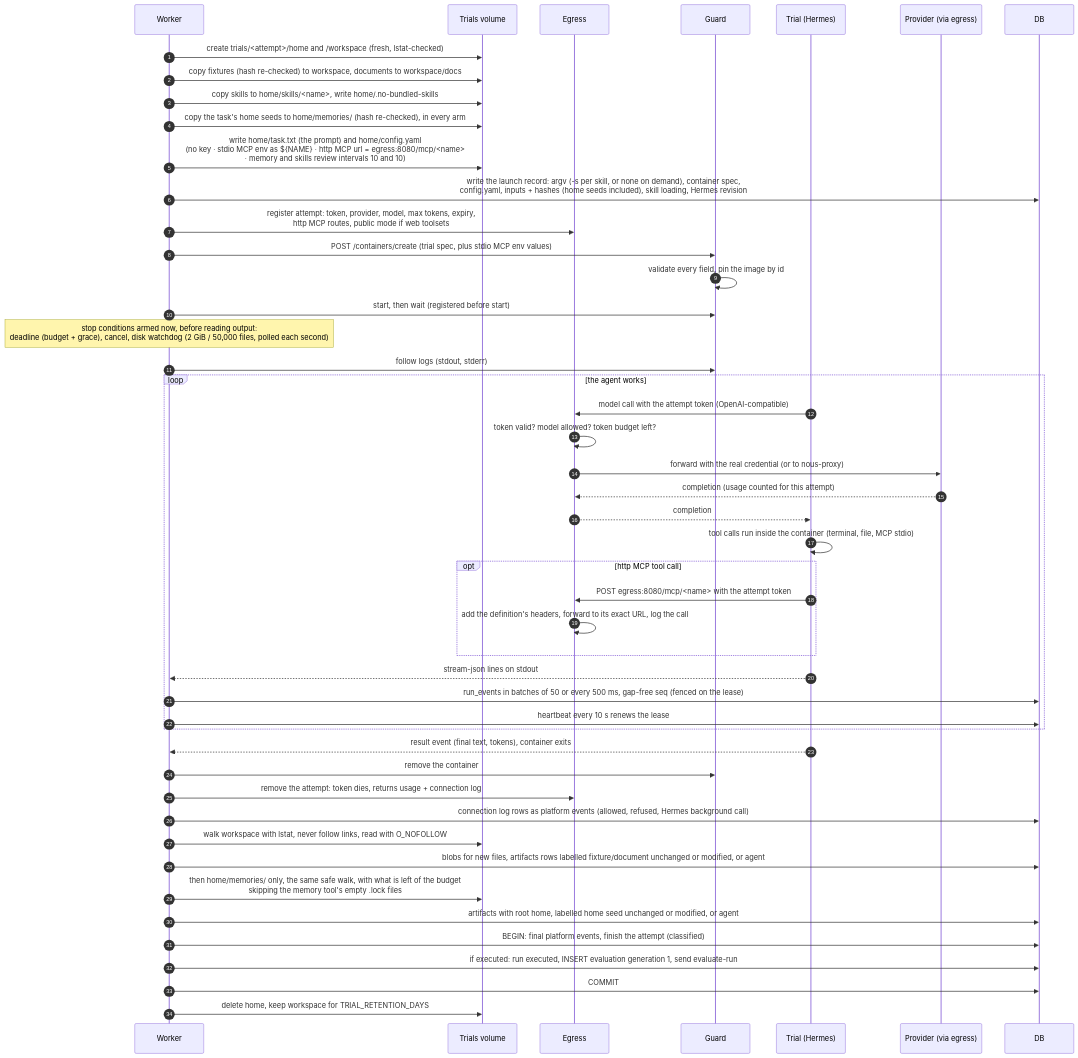
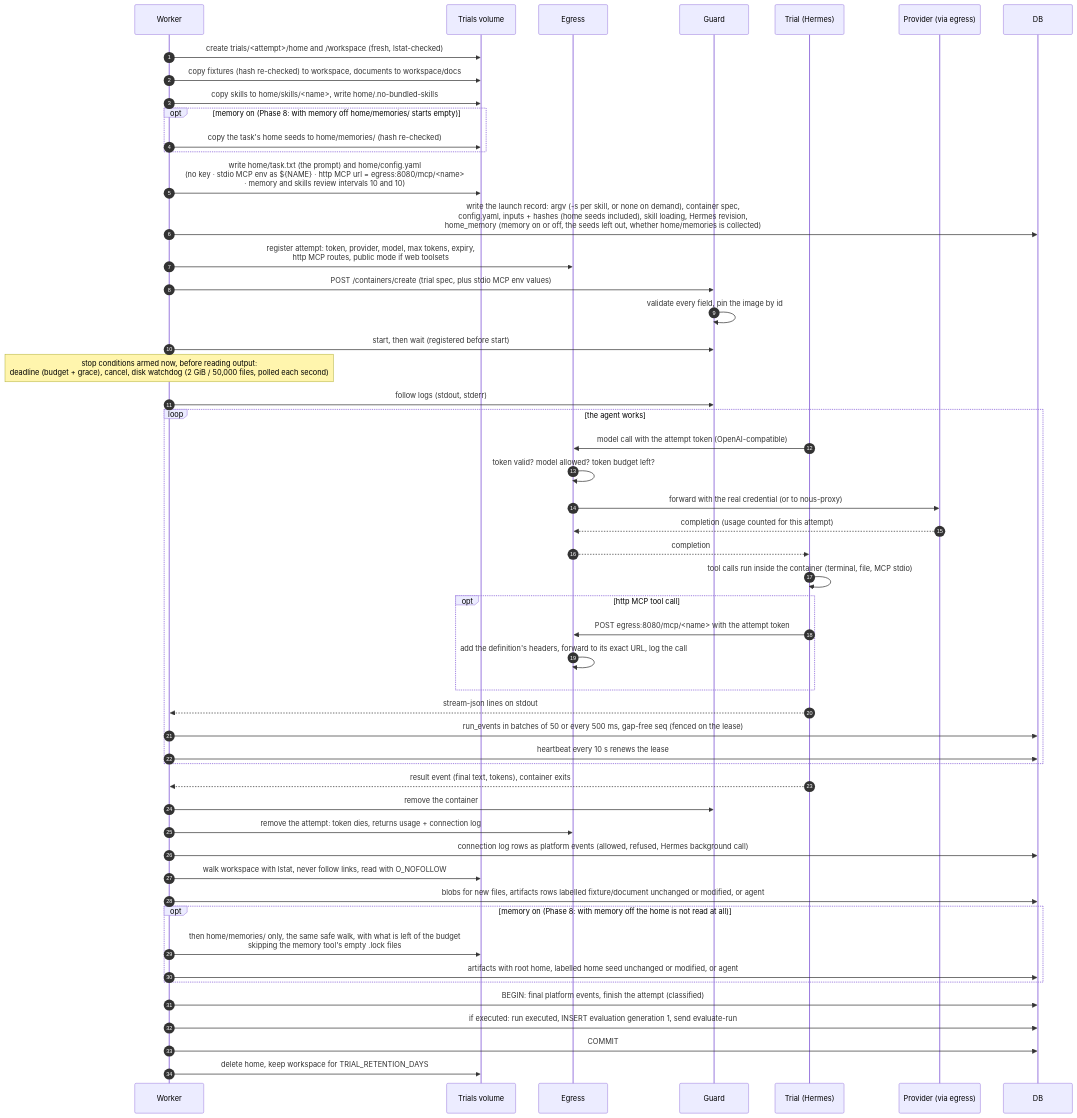
One commit to sasuke007/hermes-evals changed diagram 38 of 49 in UI_FLOWS.md. Above: the diagram before and after it, drawn with Mermaid. The commit also changed other lines of this file and 146 other files, not shown here.

````diff
--- a/UI_FLOWS.md
+++ b/UI_FLOWS.md
@@ -1303,51 +1401,55 @@
 ```mermaid
 sequenceDiagram
   autonumber
   participant WK as Worker
   participant V as Trials volume
   participant E as Egress
   participant G as Guard
   participant T as Trial (Hermes)
   participant P as Provider (via egress)
   participant DB as DB
 
   WK->>V: create trials/<attempt>/home and /workspace (fresh, lstat-checked)
   WK->>V: copy fixtures (hash re-checked) to workspace, documents to workspace/docs
   WK->>V: copy skills to home/skills/<name>, write home/.no-bundled-skills
-  WK->>V: copy the task's home seeds to home/memories/ (hash re-checked), in every arm
+  opt memory on (Phase 8: with memory off home/memories/ starts empty)
+    WK->>V: copy the task's home seeds to home/memories/ (hash re-checked)
+  end
   WK->>V: write home/task.txt (the prompt) and home/config.yaml<br/>(no key · stdio MCP env as ${NAME} · http MCP url = egress:8080/mcp/<name><br/>· memory and skills review intervals 10 and 10)
-  WK->>DB: write the launch record: argv (-s per skill, or none on demand), container spec,<br/>config.yaml, inputs + hashes (home seeds included), skill loading, Hermes revision
+  WK->>DB: write the launch record: argv (-s per skill, or none on demand), container spec,<br/>config.yaml, inputs + hashes (home seeds included), skill loading, Hermes revision,<br/>home_memory (memory on or off, the seeds left out, whether home/memories is collected)
   WK->>E: register attempt: token, provider, model, max tokens, expiry,<br/>http MCP routes, public mode if web toolsets
   WK->>G: POST /containers/create (trial spec, plus stdio MCP env values)
   G->>G: validate every field, pin the image by id
   WK->>G: start, then wait (registered before start)
   Note over WK: stop conditions armed now, before reading output:<br/>deadline (budget + grace), cancel, disk watchdog (2 GiB / 50,000 files, polled each second)
   WK->>G: follow logs (stdout, stderr)
   loop the agent works
     T->>E: model call with the attempt token (OpenAI-compatible)
     E->>E: token valid? model allowed? token budget left?
     E->>P: forward with the real credential (or to nous-proxy)
     P-->>E: completion (usage counted for this attempt)
     E-->>T: completion
     T->>T: tool calls run inside the container (terminal, file, MCP stdio)
     opt http MCP tool call
       T->>E: POST egress:8080/mcp/<name> with the attempt token
       E->>E: add the definition's headers, forward to its exact URL, log the call
     end
     T-->>WK: stream-json lines on stdout
     WK->>DB: run_events in batches of 50 or every 500 ms, gap-free seq (fenced on the lease)
     WK->>DB: heartbeat every 10 s renews the lease
   end
   T-->>WK: result event (final text, tokens), container exits
   WK->>G: remove the container
   WK->>E: remove the attempt: token dies, returns usage + connection log
   WK->>DB: connection log rows as platform events (allowed, refused, Hermes background call)
   WK->>V: walk workspace with lstat, never follow links, read with O_NOFOLLOW
   WK->>DB: blobs for new files, artifacts rows labelled fixture/document unchanged or modified, or agent
-  WK->>V: then home/memories/ only, the same safe walk, with what is left of the budget<br/>skipping the memory tool's empty .lock files
-  WK->>DB: artifacts with root home, labelled home seed unchanged or modified, or agent
+  opt memory on (Phase 8: with memory off the home is not read at all)
+    WK->>V: then home/memories/ only, the same safe walk, with what is left of the budget<br/>skipping the memory tool's empty .lock files
+    WK->>DB: artifacts with root home, labelled home seed unchanged or modified, or agent
+  end
   WK->>DB: BEGIN: final platform events, finish the attempt (classified)
   WK->>DB: if executed: run executed, INSERT evaluation generation 1, send evaluate-run
   WK->>DB: COMMIT
   WK->>V: delete home, keep workspace for TRIAL_RETENTION_DAYS
 ```
````
